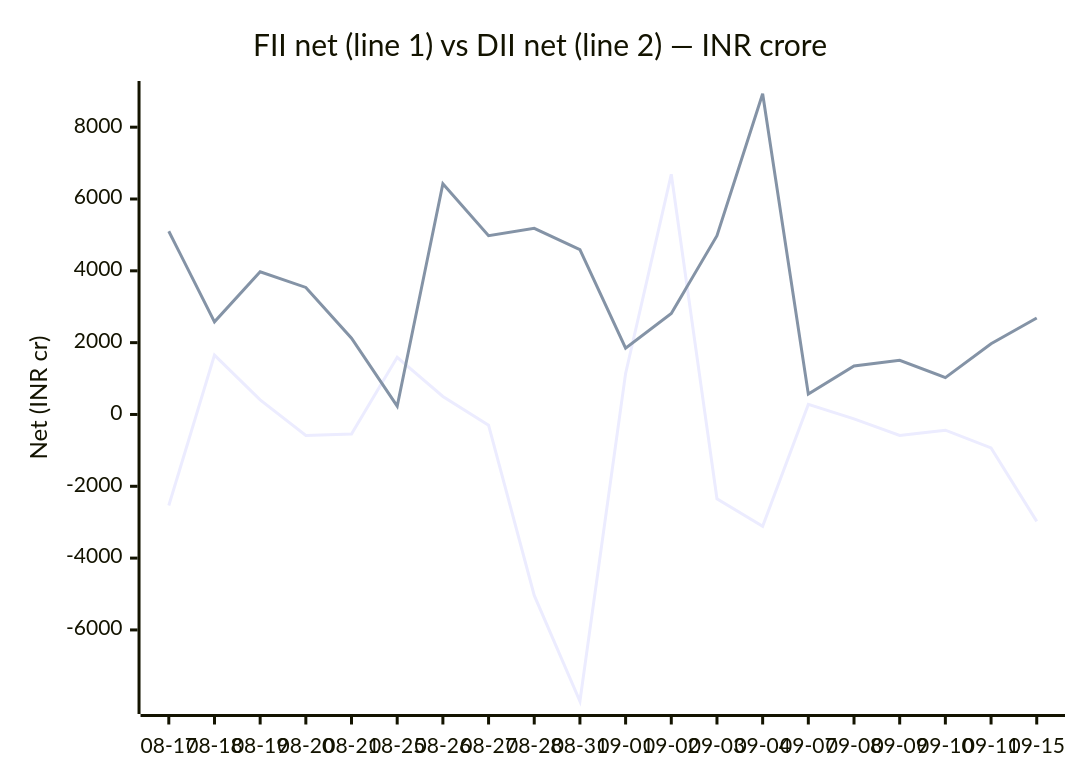
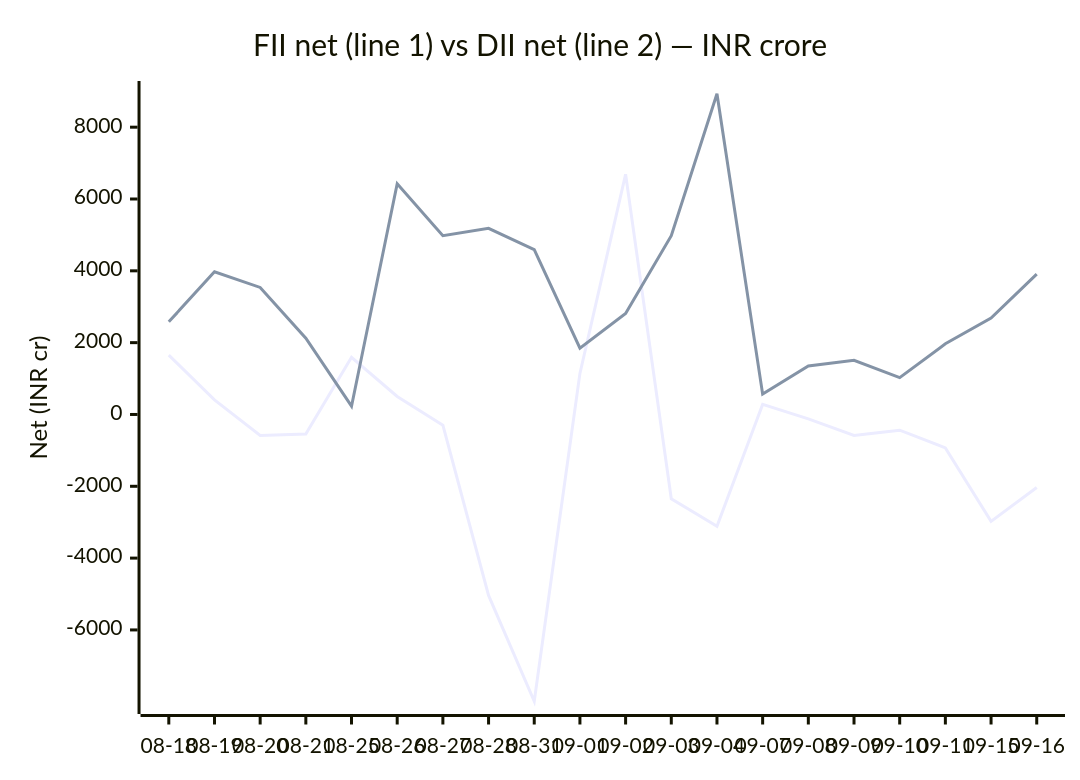
One commit to chirag127/fii-dii-activity-api changed the second of 2 diagrams in README.md. Above: the diagram before and after it, drawn with Mermaid. The commit also changed 2 other files, not shown here.

Commit message:
data: scrape 2026-09-17

````diff
--- a/README.md
+++ b/README.md
@@ -53,8 +53,8 @@
 ```mermaid
 xychart-beta
     title "FII net (line 1) vs DII net (line 2) — INR crore"
-    x-axis ["08-17", "08-18", "08-19", "08-20", "08-21", "08-25", "08-26", "08-27", "08-28", "08-31", "09-01", "09-02", "09-03", "09-04", "09-07", "09-08", "09-09", "09-10", "09-11", "09-15"]
+    x-axis ["08-18", "08-19", "08-20", "08-21", "08-25", "08-26", "08-27", "08-28", "08-31", "09-01", "09-02", "09-03", "09-04", "09-07", "09-08", "09-09", "09-10", "09-11", "09-15", "09-16"]
     y-axis "Net (INR cr)" -7986 --> 8931
-    line [-2535.1, 1651.53, 407.99, -583.36, -542.71, 1593.53, 502.63, -298.26, -5039.8, -7985.88, 1143.38, 6688.37, -2345.87, -3111.94, 280.13, -123.19, -582.99, -438.24, -930.9, -2977.86]
-    line [5101.46, 2579.31, 3973.72, 3537.71, 2124.14, 230.26, 6425.16, 4977.17, 5183.93, 4588.88, 1846.94, 2812.98, 4977.46, 8930.12, 566.76, 1349.64, 1509.04, 1025.85, 1968.17, 2686.05]
+    line [1651.53, 407.99, -583.36, -542.71, 1593.53, 502.63, -298.26, -5039.8, -7985.88, 1143.38, 6688.37, -2345.87, -3111.94, 280.13, -123.19, -582.99, -438.24, -930.9, -2977.86, -2032.61]
+    line [2579.31, 3973.72, 3537.71, 2124.14, 230.26, 6425.16, 4977.17, 5183.93, 4588.88, 1846.94, 2812.98, 4977.46, 8930.12, 566.76, 1349.64, 1509.04, 1025.85, 1968.17, 2686.05, 3908.23]
 ```
````
